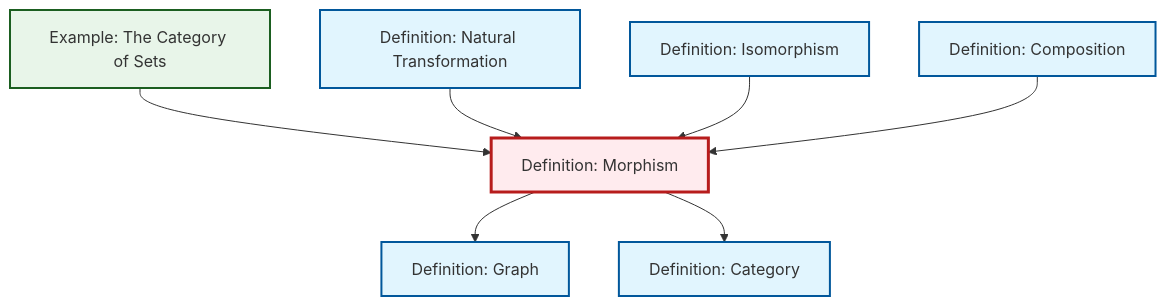
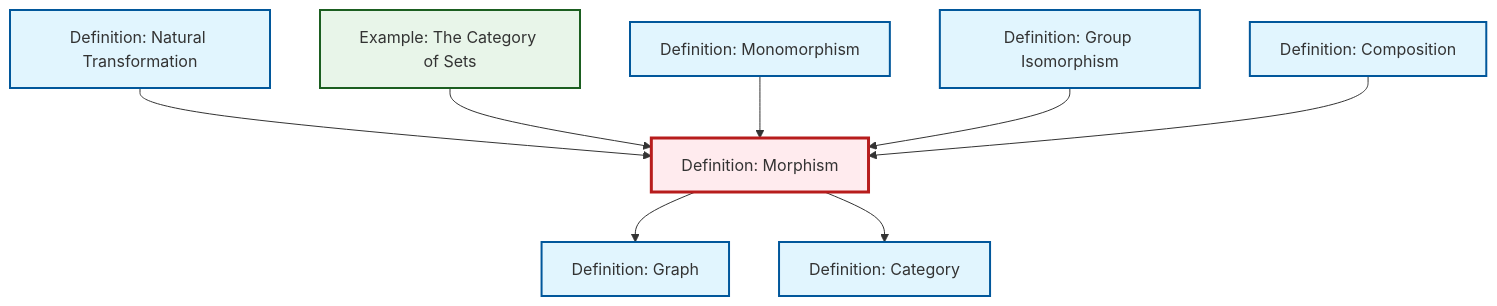
Before and after one commit to RK0429/ModernMath: the diagram in content/ja/category-theory/def-morphism.qmd, drawn with Mermaid. The commit also changed other lines of this file and 581 other files, not shown here.

````diff
--- a/content/ja/category-theory/def-morphism.qmd
+++ b/content/ja/category-theory/def-morphism.qmd
@@ -57,29 +57,32 @@
 ```{mermaid}
 %%| fig-cap: "Local dependency graph"
 graph TD
     classDef definition fill:#e1f5fe,stroke:#01579b,stroke-width:2px
     classDef theorem fill:#f3e5f5,stroke:#4a148c,stroke-width:2px
     classDef axiom fill:#fff3e0,stroke:#e65100,stroke-width:2px
     classDef example fill:#e8f5e9,stroke:#1b5e20,stroke-width:2px
     classDef current fill:#ffebee,stroke:#b71c1c,stroke-width:3px
+    ex-set-category["Example: The Category of Sets"]:::example
     def-graph["Definition: Graph"]:::definition
+    def-morphism["Definition: Morphism"]:::definition
     def-category["Definition: Category"]:::definition
+    def-monomorphism["Definition: Monomorphism"]:::definition
+    def-natural-transformation["Definition: Natural Transformation"]:::definition
+    def-isomorphism["Definition: Group Isomorphism"]:::definition
     def-composition["Definition: Composition"]:::definition
-    def-natural-transformation["Definition: Natural Transformation"]:::definition
-    def-morphism["Definition: Morphism"]:::definition
-    def-isomorphism["Definition: Isomorphism"]:::definition
-    ex-set-category["Example: The Category of Sets"]:::example
+    def-natural-transformation --> def-morphism
+    ex-set-category --> def-morphism
+    def-monomorphism --> def-morphism
     def-morphism --> def-graph
-    ex-set-category --> def-morphism
-    def-natural-transformation --> def-morphism
+    def-isomorphism --> def-morphism
     def-morphism --> def-category
-    def-isomorphism --> def-morphism
     def-composition --> def-morphism
     class def-morphism current
+    click ex-set-category "ex-set-category.html" "Example: The Category of Setsへ"
     click def-graph "def-graph.html" "Definition: Graphへ"
     click def-category "def-category.html" "Definition: Categoryへ"
+    click def-monomorphism "def-monomorphism.html" "Definition: Monomorphismへ"
+    click def-natural-transformation "def-natural-transformation.html" "Definition: Natural Transformationへ"
+    click def-isomorphism "def-isomorphism.html" "Definition: Group Isomorphismへ"
     click def-composition "def-composition.html" "Definition: Compositionへ"
-    click def-natural-transformation "def-natural-transformation.html" "Definition: Natural Transformationへ"
-    click def-isomorphism "def-isomorphism.html" "Definition: Isomorphismへ"
-    click ex-set-category "ex-set-category.html" "Example: The Category of Setsへ"
 ```
````
